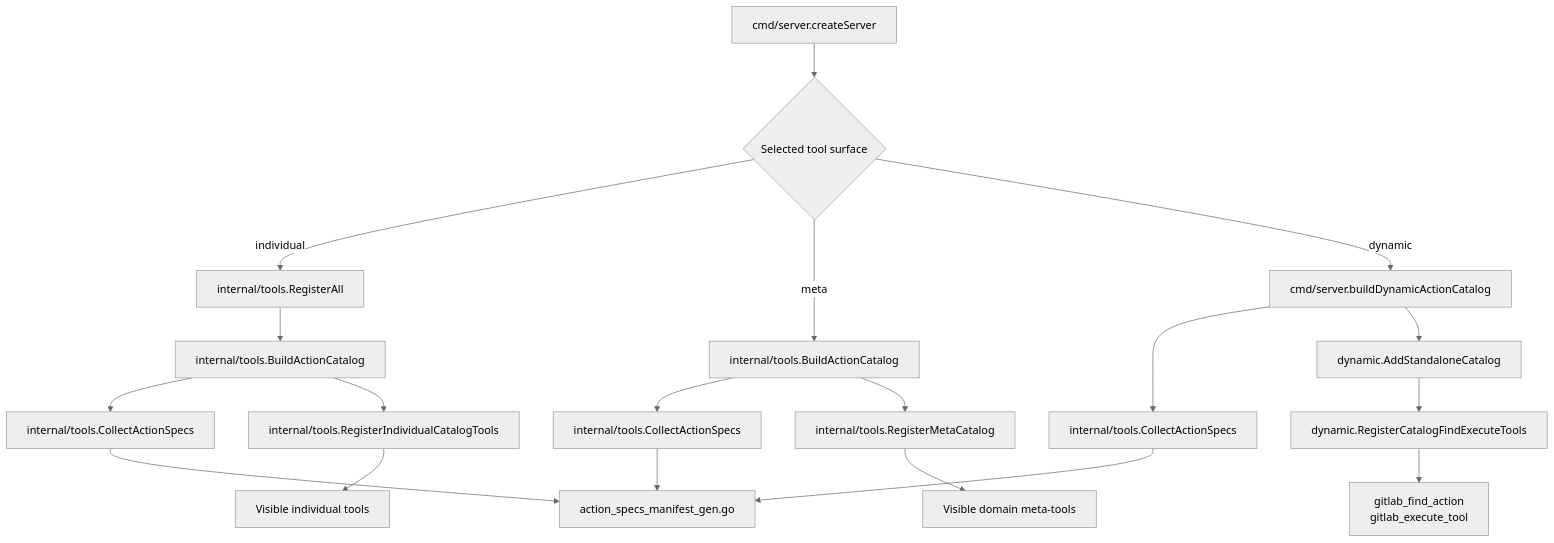
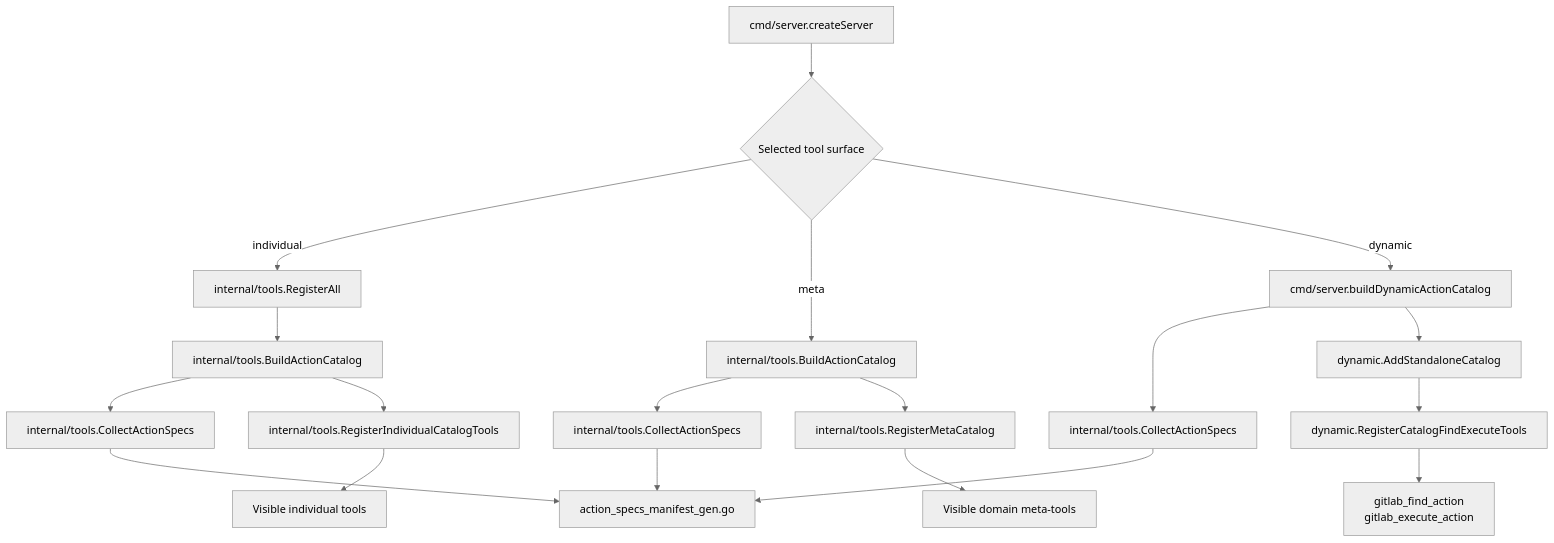
Before and after one commit to jmrplens/gitlab-mcp-server: the second of 2 diagrams in docs/development/tool-surfaces-and-action-core.md, drawn with Mermaid (neutral theme). The commit also changed other lines of this file and 714 other files, not shown here.

````diff
--- a/docs/development/tool-surfaces-and-action-core.md
+++ b/docs/development/tool-surfaces-and-action-core.md
@@ -129,27 +129,27 @@
 ```mermaid
 flowchart TD
     server[cmd/server.createServer]
     selector{Selected tool surface}
 
     server --> selector
 
     selector -->|individual| registerAll[internal/tools.RegisterAll]
     registerAll --> buildIndividual[internal/tools.BuildActionCatalog]
     buildIndividual --> collectIndividualSpecs[internal/tools.CollectActionSpecs]
     collectIndividualSpecs --> generatedManifest
     buildIndividual --> individualProjection[internal/tools.RegisterIndividualCatalogTools]
     individualProjection --> visibleIndividual[Visible individual tools]
 
     selector -->|meta| buildMeta[internal/tools.BuildActionCatalog]
     buildMeta --> collectSpecs[internal/tools.CollectActionSpecs]
     collectSpecs --> generatedManifest[action_specs_manifest_gen.go]
     buildMeta --> registerMeta[internal/tools.RegisterMetaCatalog]
     registerMeta --> metaTools[Visible domain meta-tools]
 
     selector -->|dynamic| buildDynamic[cmd/server.buildDynamicActionCatalog]
     buildDynamic --> collectDynamicSpecs[internal/tools.CollectActionSpecs]
     collectDynamicSpecs --> generatedManifest
     buildDynamic --> standalone[dynamic.AddStandaloneCatalog]
     standalone --> dynamicTools[dynamic.RegisterCatalogFindExecuteTools]
-    dynamicTools --> twoTools[gitlab_find_action\ngitlab_execute_tool]
+    dynamicTools --> twoTools[gitlab_find_action\ngitlab_execute_action]
 ```
````
